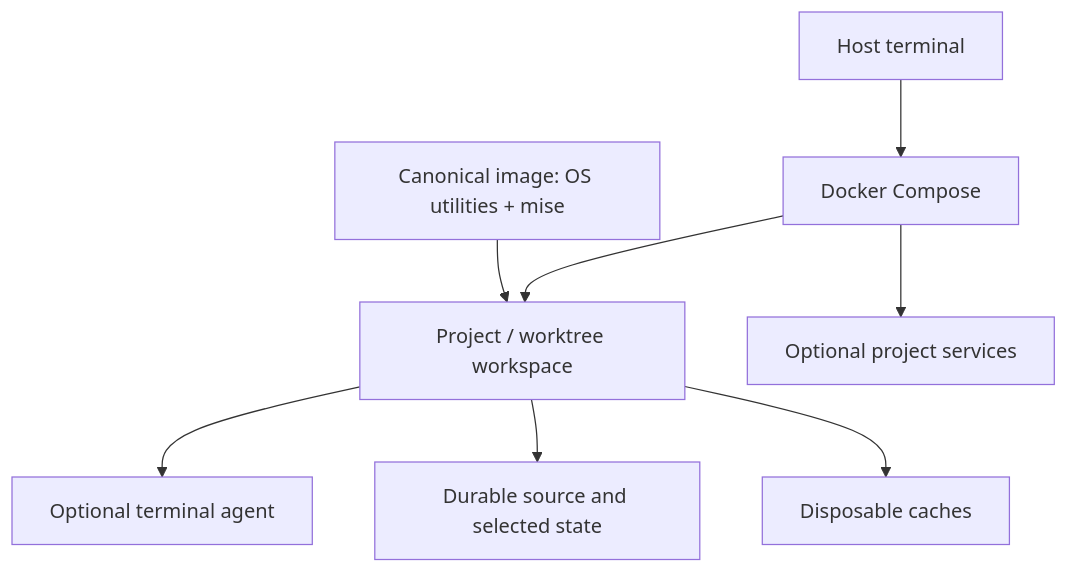
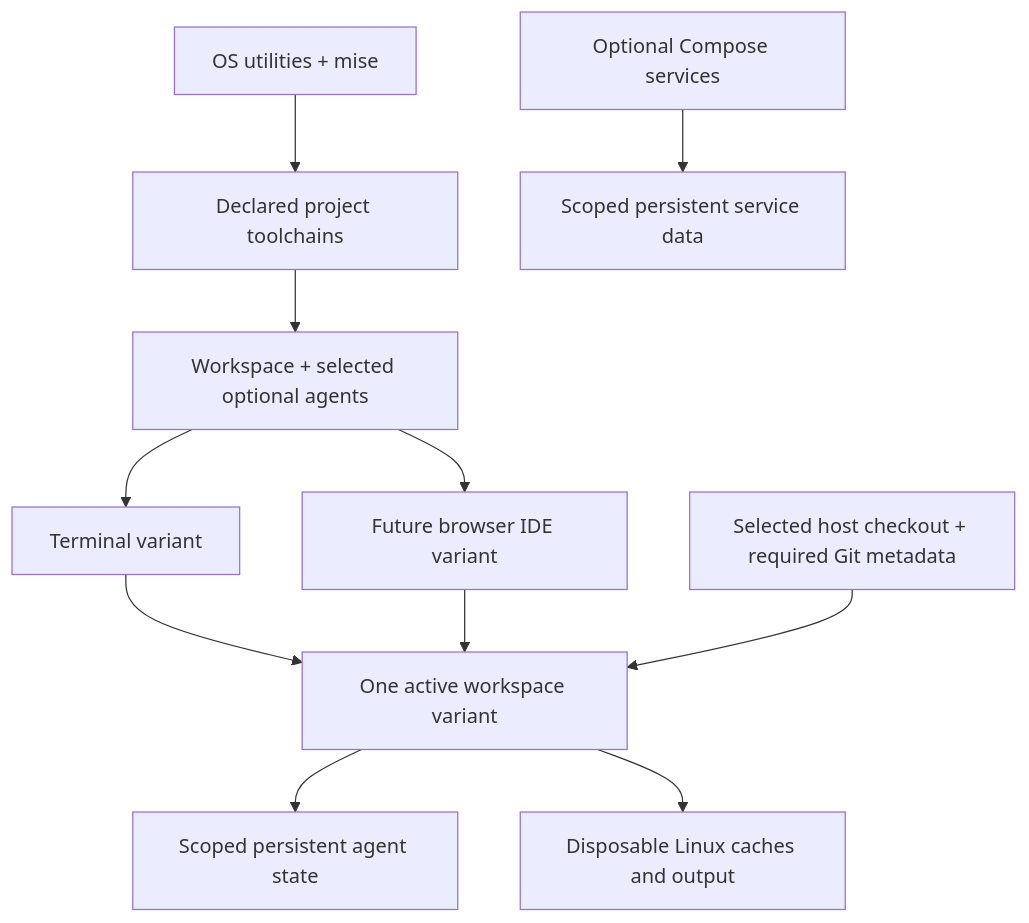
One commit to brianluby/hestia changed the diagram in docs/architecture.md. Above: the diagram before and after it, drawn with Mermaid. The commit also changed other lines of this file and 3 other files, not shown here.

Commit message:
docs: define durable workspace architecture and pilot

````diff
--- a/docs/architecture.md
+++ b/docs/architecture.md
@@ -19,10 +9,13 @@
 ```mermaid
 flowchart TD
-    Terminal[Host terminal] --> Compose[Docker Compose]
-    Compose --> Workspace[Project / worktree workspace]
-    Image[Canonical image: OS utilities + mise] --> Workspace
-    Workspace --> Agent[Optional terminal agent]
-    Workspace --> Durable[Durable source and selected state]
-    Workspace --> Caches[Disposable caches]
-    Compose --> Services[Optional project services]
+    Base[OS utilities + mise] --> Project[Declared project toolchains]
+    Project --> Workspace[Workspace + selected optional agents]
+    Workspace --> Terminal[Terminal variant]
+    Workspace --> IDE[Future browser IDE variant]
+    Terminal --> Running[One active workspace variant]
+    IDE --> Running
+    Host[Selected host checkout + required Git metadata] --> Running
+    Running --> State[Scoped persistent agent state]
+    Running --> Caches[Disposable Linux caches and output]
+    Services[Optional Compose services] --> Data[Scoped persistent service data]
 ```
````
